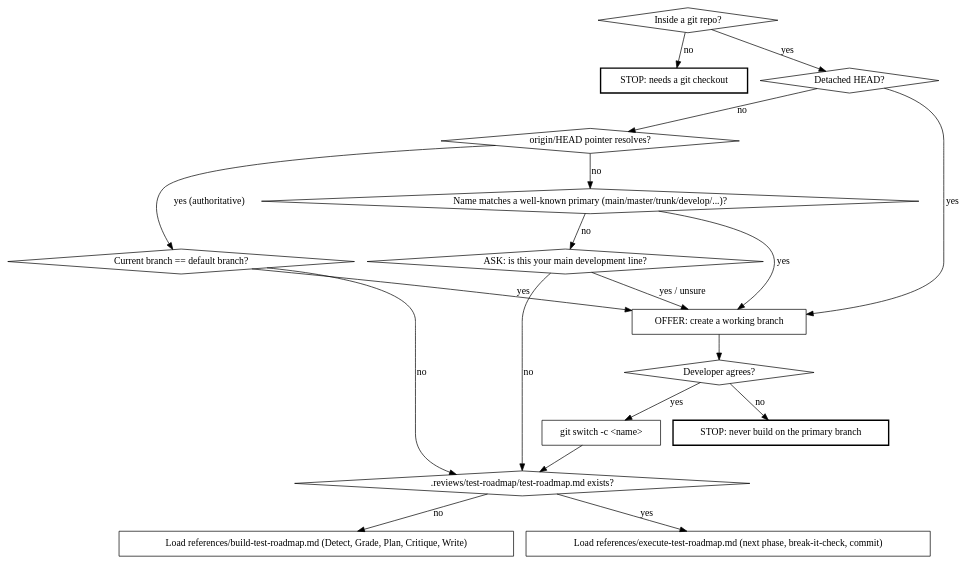
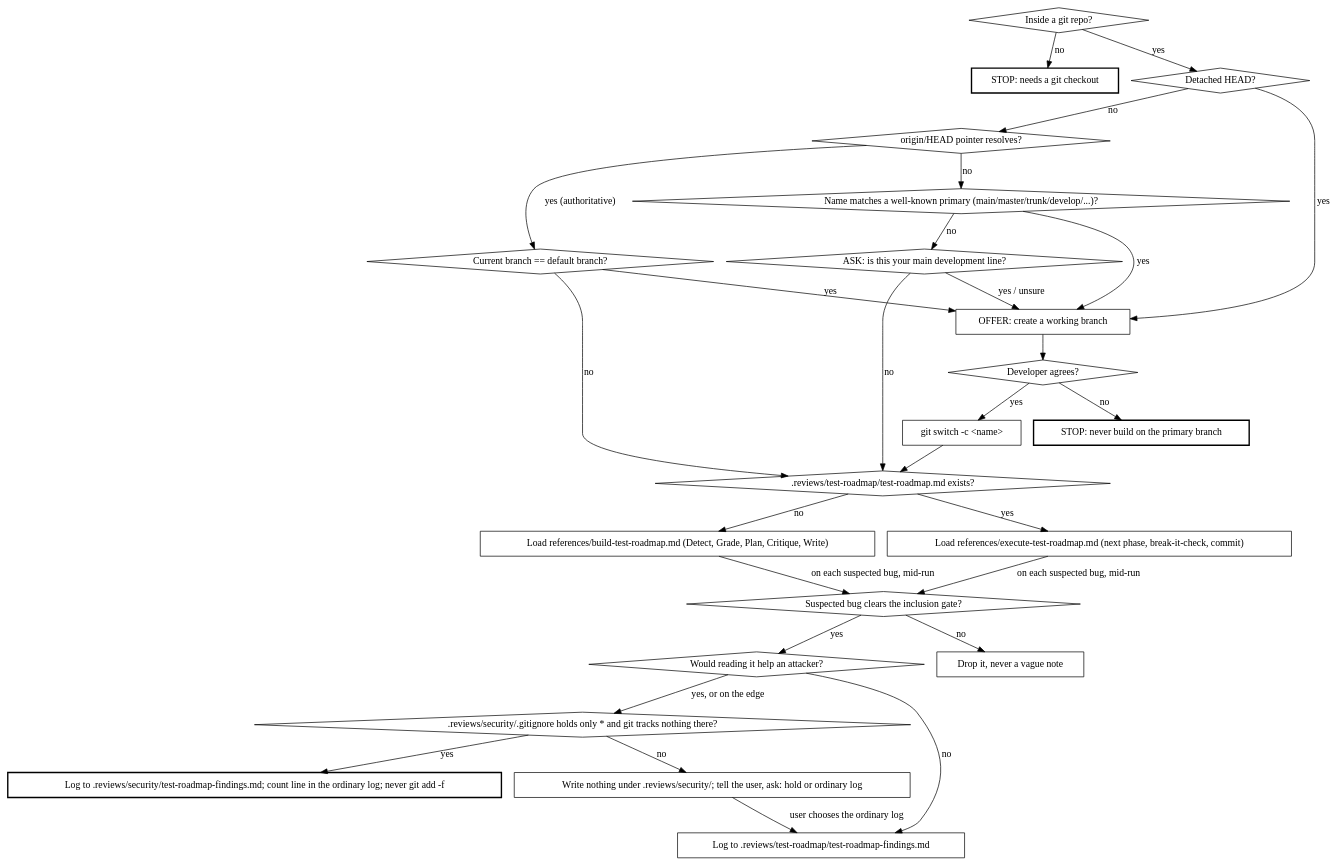
One commit to Ovid/paad changed the diagram in kiro_and_antigravity/skills/.kiro/skills/test-roadmap/SKILL.md. Above: the diagram before and after it, drawn with Graphviz. The commit also changed other lines of this file and 71 other files, not shown here.

````diff
--- a/kiro_and_antigravity/skills/.kiro/skills/test-roadmap/SKILL.md
+++ b/kiro_and_antigravity/skills/.kiro/skills/test-roadmap/SKILL.md
@@ -25,37 +25,53 @@
 ```dot
 digraph route {
   "Inside a git repo?" [shape=diamond];
   "STOP: needs a git checkout" [shape=box, style=bold];
   "Detached HEAD?" [shape=diamond];
   "origin/HEAD pointer resolves?" [shape=diamond];
   "Current branch == default branch?" [shape=diamond];
   "Name matches a well-known primary (main/master/trunk/develop/...)?" [shape=diamond];
   "ASK: is this your main development line?" [shape=diamond];
   "OFFER: create a working branch" [shape=box];
   "Developer agrees?" [shape=diamond];
   "STOP: never build on the primary branch" [shape=box, style=bold];
   "git switch -c <name>" [shape=box];
   ".reviews/test-roadmap/test-roadmap.md exists?" [shape=diamond];
   "Load references/build-test-roadmap.md (Detect, Grade, Plan, Critique, Write)" [shape=box];
   "Load references/execute-test-roadmap.md (next phase, break-it-check, commit)" [shape=box];
+  "Suspected bug clears the inclusion gate?" [shape=diamond];
+  "Would reading it help an attacker?" [shape=diamond];
+  "Log to .reviews/security/test-roadmap-findings.md; count line in the ordinary log; never git add -f" [shape=box, style=bold];
+  ".reviews/security/.gitignore holds only * and git tracks nothing there?" [shape=diamond];
+  "Write nothing under .reviews/security/; tell the user, ask: hold or ordinary log" [shape=box];
+  "Log to .reviews/test-roadmap/test-roadmap-findings.md" [shape=box];
+  "Drop it, never a vague note" [shape=box];
 
   "Inside a git repo?" -> "STOP: needs a git checkout" [label="no"];
   "Inside a git repo?" -> "Detached HEAD?" [label="yes"];
   "Detached HEAD?" -> "OFFER: create a working branch" [label="yes"];
   "Detached HEAD?" -> "origin/HEAD pointer resolves?" [label="no"];
   "origin/HEAD pointer resolves?" -> "Current branch == default branch?" [label="yes (authoritative)"];
   "origin/HEAD pointer resolves?" -> "Name matches a well-known primary (main/master/trunk/develop/...)?" [label="no"];
   "Current branch == default branch?" -> "OFFER: create a working branch" [label="yes"];
   "Current branch == default branch?" -> ".reviews/test-roadmap/test-roadmap.md exists?" [label="no"];
   "Name matches a well-known primary (main/master/trunk/develop/...)?" -> "OFFER: create a working branch" [label="yes"];
   "Name matches a well-known primary (main/master/trunk/develop/...)?" -> "ASK: is this your main development line?" [label="no"];
   "ASK: is this your main development line?" -> "OFFER: create a working branch" [label="yes / unsure"];
   "ASK: is this your main development line?" -> ".reviews/test-roadmap/test-roadmap.md exists?" [label="no"];
   "OFFER: create a working branch" -> "Developer agrees?";
   "Developer agrees?" -> "STOP: never build on the primary branch" [label="no"];
   "Developer agrees?" -> "git switch -c <name>" [label="yes"];
   "git switch -c <name>" -> ".reviews/test-roadmap/test-roadmap.md exists?";
   ".reviews/test-roadmap/test-roadmap.md exists?" -> "Load references/execute-test-roadmap.md (next phase, break-it-check, commit)" [label="yes"];
   ".reviews/test-roadmap/test-roadmap.md exists?" -> "Load references/build-test-roadmap.md (Detect, Grade, Plan, Critique, Write)" [label="no"];
+  "Load references/execute-test-roadmap.md (next phase, break-it-check, commit)" -> "Suspected bug clears the inclusion gate?" [label="on each suspected bug, mid-run"];
+  "Load references/build-test-roadmap.md (Detect, Grade, Plan, Critique, Write)" -> "Suspected bug clears the inclusion gate?" [label="on each suspected bug, mid-run"];
+  "Suspected bug clears the inclusion gate?" -> "Drop it, never a vague note" [label="no"];
+  "Suspected bug clears the inclusion gate?" -> "Would reading it help an attacker?" [label="yes"];
+  "Would reading it help an attacker?" -> ".reviews/security/.gitignore holds only * and git tracks nothing there?" [label="yes, or on the edge"];
+  ".reviews/security/.gitignore holds only * and git tracks nothing there?" -> "Log to .reviews/security/test-roadmap-findings.md; count line in the ordinary log; never git add -f" [label="yes"];
+  ".reviews/security/.gitignore holds only * and git tracks nothing there?" -> "Write nothing under .reviews/security/; tell the user, ask: hold or ordinary log" [label="no"];
+  "Would reading it help an attacker?" -> "Log to .reviews/test-roadmap/test-roadmap-findings.md" [label="no"];
+  "Write nothing under .reviews/security/; tell the user, ask: hold or ordinary log" -> "Log to .reviews/test-roadmap/test-roadmap-findings.md" [label="user chooses the ordinary log"];
 }
 ```
````
